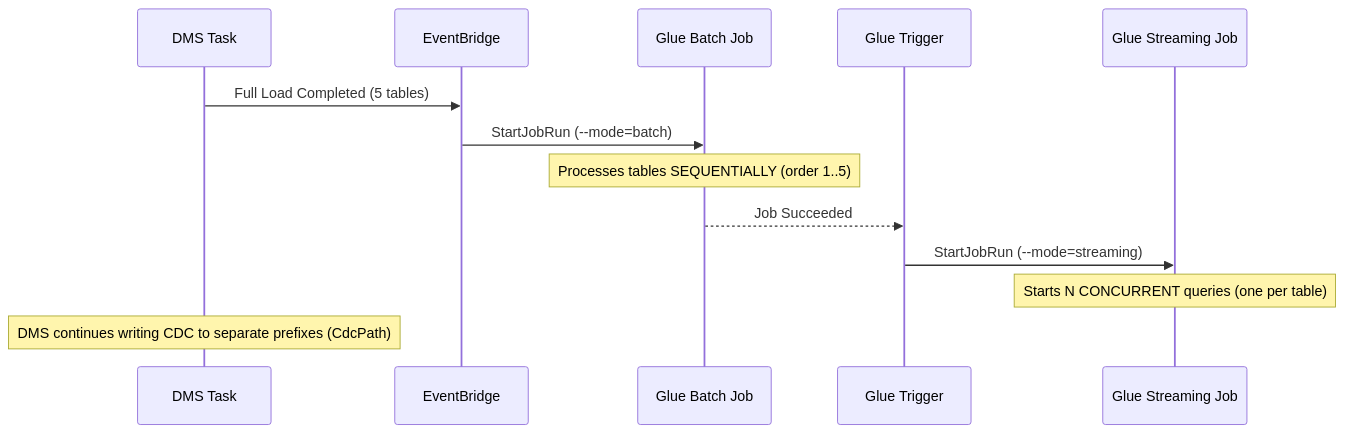
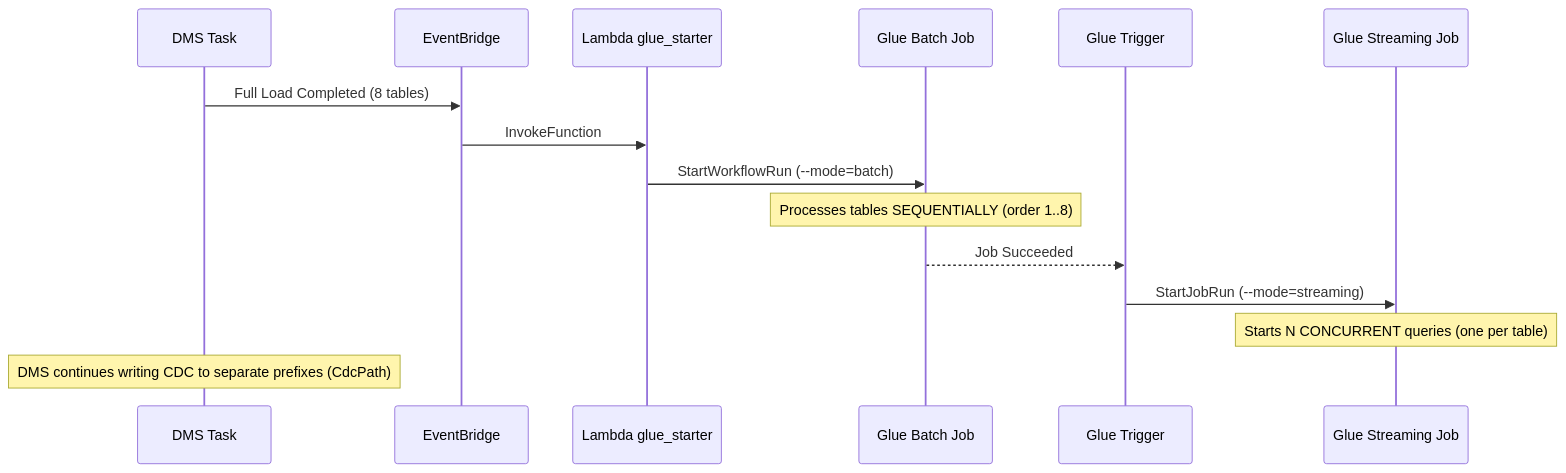
One commit to jamilvilela/aws-streaming-flight-radar-glue changed the second of 2 diagrams in docs-sdd/spec.md. Above: the diagram before and after it, drawn with Mermaid. The commit also changed other lines of this file and 27 other files, not shown here.

First line of the commit message:
Refactor Glue DMS CDC Pipeline Documentation and Scripts

````diff
--- a/docs-sdd/spec.md
+++ b/docs-sdd/spec.md
@@ -268,16 +286,18 @@
 ```mermaid
 sequenceDiagram
     participant DMS as DMS Task
     participant EB as EventBridge
+    participant Lambda as Lambda glue_starter
     participant Batch as Glue Batch Job
     participant Trigger as Glue Trigger
     participant Stream as Glue Streaming Job
 
-    DMS->>EB: Full Load Completed (5 tables)
-    EB->>Batch: StartJobRun (--mode=batch)
-    Note over Batch: Processes tables SEQUENTIALLY (order 1..5)
+    DMS->>EB: Full Load Completed (8 tables)
+    EB->>Lambda: InvokeFunction
+    Lambda->>Batch: StartWorkflowRun (--mode=batch)
+    Note over Batch: Processes tables SEQUENTIALLY (order 1..8)
     Batch-->>Trigger: Job Succeeded
     Trigger->>Stream: StartJobRun (--mode=streaming)
     Note over Stream: Starts N CONCURRENT queries (one per table)
     Note over DMS: DMS continues writing CDC to separate prefixes (CdcPath)
 ```
````
